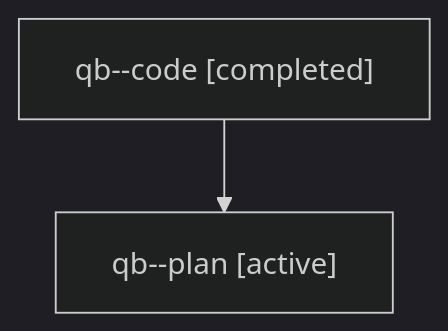
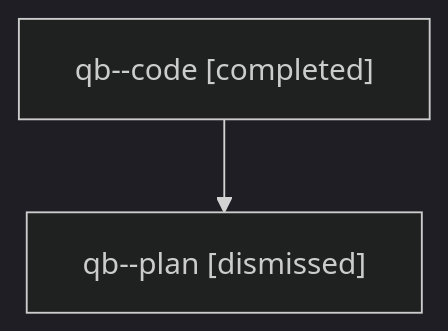
Before and after one commit to sase-org/sase--agents: the diagram in sessions/bbugyi200.athena.qb.md, drawn with Mermaid (dark theme). The commit also changed other lines of this file and 36 other files, not shown here.

````diff
--- a/sessions/bbugyi200.athena.qb.md
+++ b/sessions/bbugyi200.athena.qb.md
@@ -9,6 +9,6 @@
 ```mermaid
 flowchart TD
   n0["qb--code [completed]"]
-  n1["qb--plan [active]"]
+  n1["qb--plan [dismissed]"]
   n0 --> n1
 ```
````
